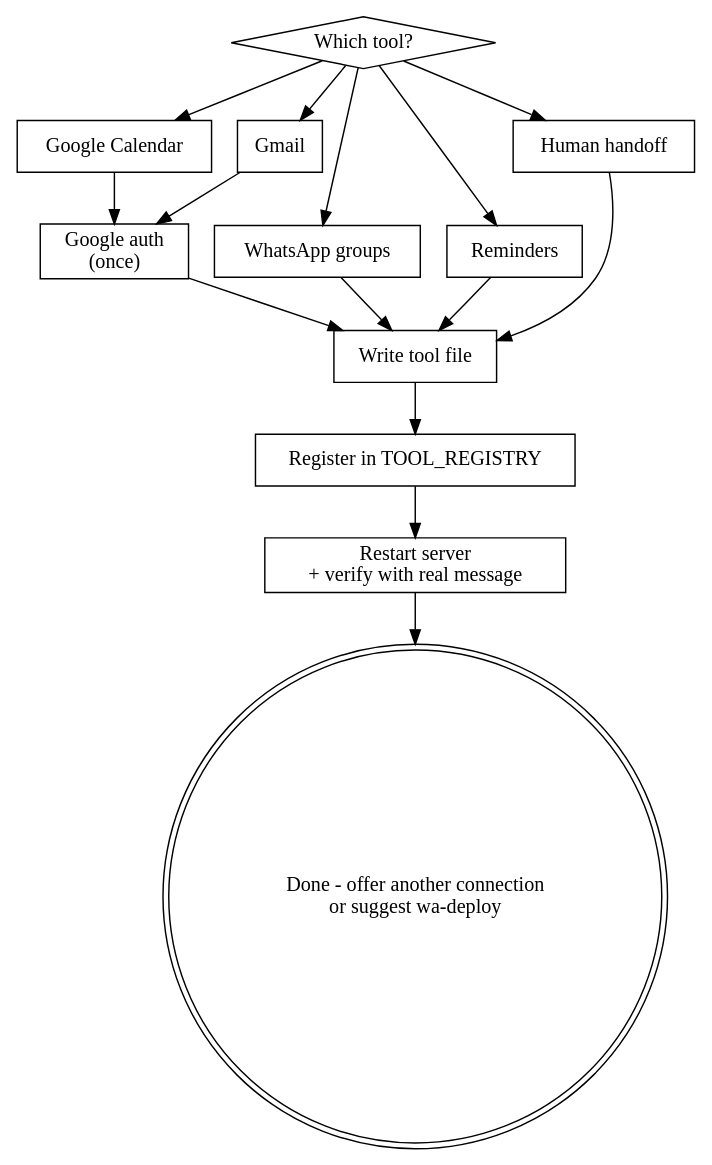
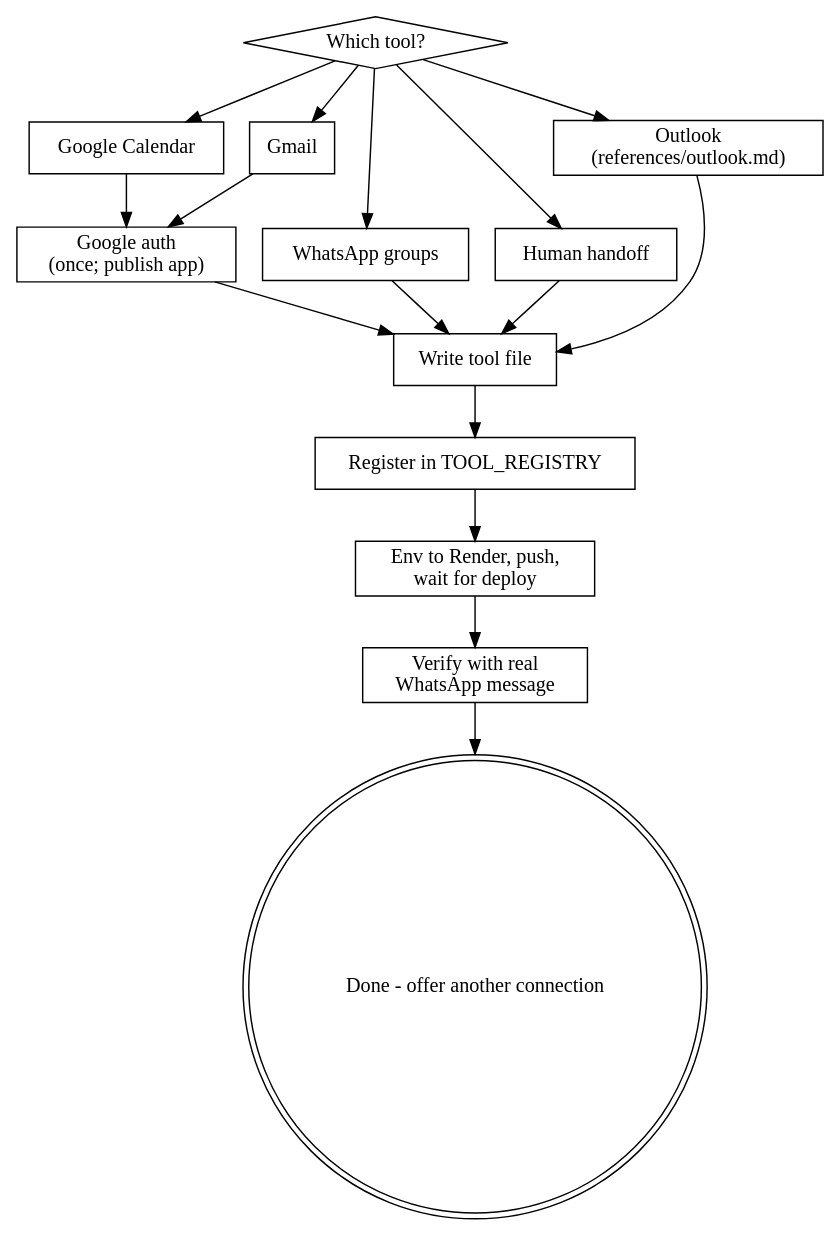
The diagram in skills/wa-connect/SKILL.md (Asher-pro/wa-whatsapp-agent), drawn with Graphviz before and after one commit. The commit also changed other lines of this file and 27 other files, not shown here.

````diff
--- a/skills/wa-connect/SKILL.md
+++ b/skills/wa-connect/SKILL.md
@@ -54,31 +62,33 @@
 ```dot
 digraph wa_connect {
     rankdir=TB;
     "Which tool?" [shape=diamond];
     "Google Calendar" [shape=box];
     "Gmail" [shape=box];
     "WhatsApp groups" [shape=box];
-    "Reminders" [shape=box];
     "Human handoff" [shape=box];
-    "Google auth\n(once)" [shape=box];
+    "Outlook\n(references/outlook.md)" [shape=box];
+    "Google auth\n(once; publish app)" [shape=box];
     "Write tool file" [shape=box];
     "Register in TOOL_REGISTRY" [shape=box];
-    "Restart server\n+ verify with real message" [shape=box];
-    "Done - offer another connection\nor suggest wa-deploy" [shape=doublecircle];
+    "Env to Render, push,\nwait for deploy" [shape=box];
+    "Verify with real\nWhatsApp message" [shape=box];
+    "Done - offer another connection" [shape=doublecircle];
 
     "Which tool?" -> "Google Calendar";
     "Which tool?" -> "Gmail";
     "Which tool?" -> "WhatsApp groups";
-    "Which tool?" -> "Reminders";
     "Which tool?" -> "Human handoff";
-    "Google Calendar" -> "Google auth\n(once)";
-    "Gmail" -> "Google auth\n(once)";
-    "Google auth\n(once)" -> "Write tool file";
+    "Which tool?" -> "Outlook\n(references/outlook.md)";
+    "Google Calendar" -> "Google auth\n(once; publish app)";
+    "Gmail" -> "Google auth\n(once; publish app)";
+    "Google auth\n(once; publish app)" -> "Write tool file";
     "WhatsApp groups" -> "Write tool file";
-    "Reminders" -> "Write tool file";
     "Human handoff" -> "Write tool file";
+    "Outlook\n(references/outlook.md)" -> "Write tool file";
     "Write tool file" -> "Register in TOOL_REGISTRY";
-    "Register in TOOL_REGISTRY" -> "Restart server\n+ verify with real message";
-    "Restart server\n+ verify with real message" -> "Done - offer another connection\nor suggest wa-deploy";
+    "Register in TOOL_REGISTRY" -> "Env to Render, push,\nwait for deploy";
+    "Env to Render, push,\nwait for deploy" -> "Verify with real\nWhatsApp message";
+    "Verify with real\nWhatsApp message" -> "Done - offer another connection";
 }
 ```
````
